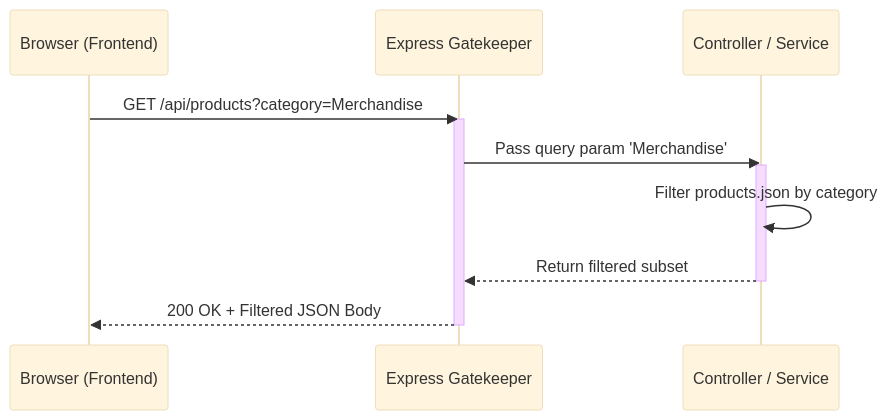
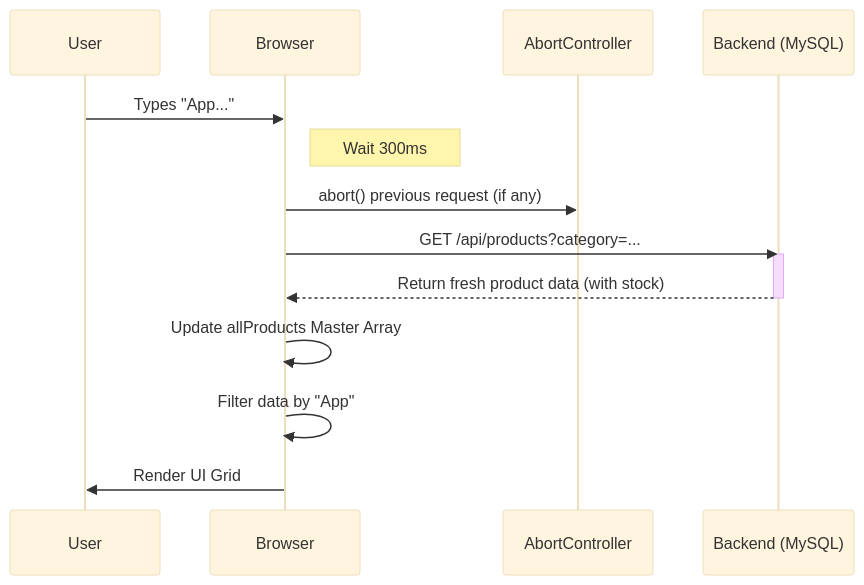
One commit to Kaifyuu/Kaify-Uni changed the diagram in Documentation/product filter/filter-design.md. Above: the diagram before and after it, drawn with Mermaid (base theme). The commit also changed other lines of this file and 8 other files, not shown here.

Commit message:
docs: synchronize README and technical documentation with current architecture and security features

````diff
--- a/Documentation/product filter/filter-design.md
+++ b/Documentation/product filter/filter-design.md
@@ -13,16 +11,18 @@
 ```mermaid
 sequenceDiagram
-    participant Client as Browser (Frontend)
-    participant API as Express Gatekeeper
-    participant Logic as Controller / Service
+    participant User
+    participant Browser
+    participant Controller as AbortController
+    participant API as Backend (MySQL)
 
-    Client->>API: GET /api/products?category=Merchandise
+    User->>Browser: Types "App..."
+    note right of Browser: Wait 300ms
+    Browser->>Controller: abort() previous request (if any)
+    Browser->>API: GET /api/products?category=...
     activate API
-    API->>Logic: Pass query param 'Merchandise'
-    activate Logic
-    Logic->>Logic: Filter products.json by category
-    Logic-->>API: Return filtered subset
-    deactivate Logic
-    API-->>Client: 200 OK + Filtered JSON Body
+    API-->>Browser: Return fresh product data (with stock)
     deactivate API
+    Browser->>Browser: Update allProducts Master Array
+    Browser->>Browser: Filter data by "App"
+    Browser->>User: Render UI Grid
 ```
````
